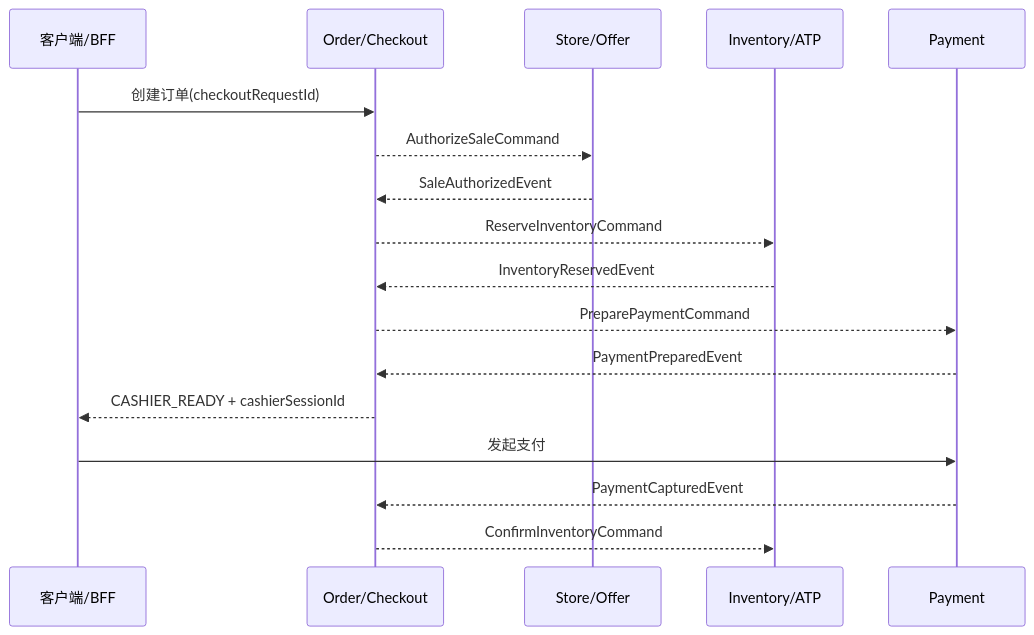
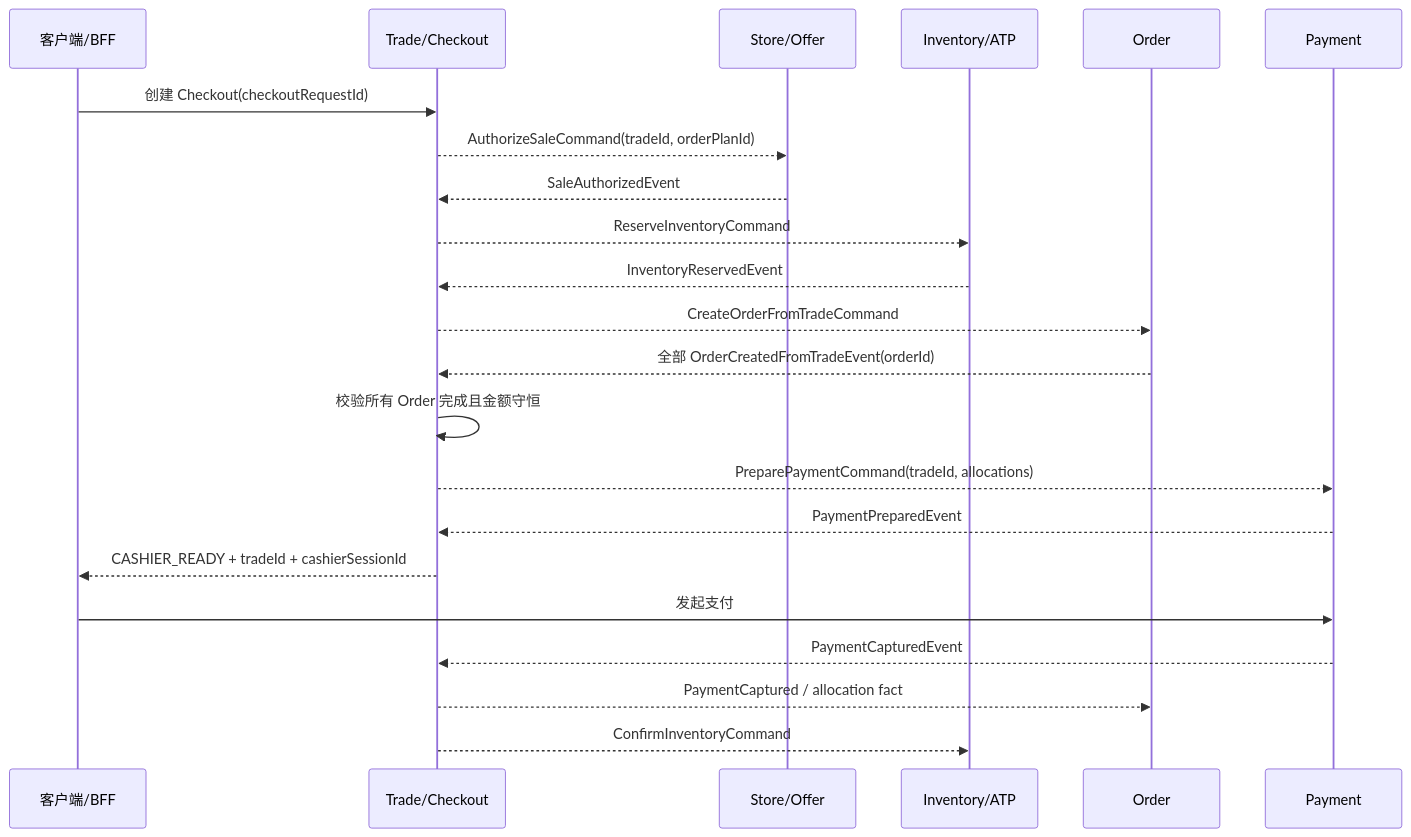
Before and after one commit to ddd-mall/j-store: the first of 2 diagrams in docs/spec/checkout-reliable-async/iteration-plan.md, drawn with Mermaid. The commit also changed other lines of this file and 3 other files, not shown here.

Commit message:
docs(trade): align checkout and unified payment roadmap

````diff
--- a/docs/spec/checkout-reliable-async/iteration-plan.md
+++ b/docs/spec/checkout-reliable-async/iteration-plan.md
@@ -94,20 +102,25 @@
 ```mermaid
 sequenceDiagram
     participant Client as 客户端/BFF
-    participant Order as Order/Checkout
+    participant Trade as Trade/Checkout
     participant Store as Store/Offer
     participant Inventory as Inventory/ATP
+    participant Order as Order
     participant Payment as Payment
 
-    Client->>Order: 创建订单(checkoutRequestId)
-    Order-->>Store: AuthorizeSaleCommand
-    Store-->>Order: SaleAuthorizedEvent
-    Order-->>Inventory: ReserveInventoryCommand
-    Inventory-->>Order: InventoryReservedEvent
-    Order-->>Payment: PreparePaymentCommand
-    Payment-->>Order: PaymentPreparedEvent
-    Order-->>Client: CASHIER_READY + cashierSessionId
+    Client->>Trade: 创建 Checkout(checkoutRequestId)
+    Trade-->>Store: AuthorizeSaleCommand(tradeId, orderPlanId)
+    Store-->>Trade: SaleAuthorizedEvent
+    Trade-->>Inventory: ReserveInventoryCommand
+    Inventory-->>Trade: InventoryReservedEvent
+    Trade-->>Order: CreateOrderFromTradeCommand
+    Order-->>Trade: 全部 OrderCreatedFromTradeEvent(orderId)
+    Trade->>Trade: 校验所有 Order 完成且金额守恒
+    Trade-->>Payment: PreparePaymentCommand(tradeId, allocations)
+    Payment-->>Trade: PaymentPreparedEvent
+    Trade-->>Client: CASHIER_READY + tradeId + cashierSessionId
     Client->>Payment: 发起支付
-    Payment-->>Order: PaymentCapturedEvent
-    Order-->>Inventory: ConfirmInventoryCommand
+    Payment-->>Trade: PaymentCapturedEvent
+    Trade-->>Order: PaymentCaptured / allocation fact
+    Trade-->>Inventory: ConfirmInventoryCommand
 ```
````
